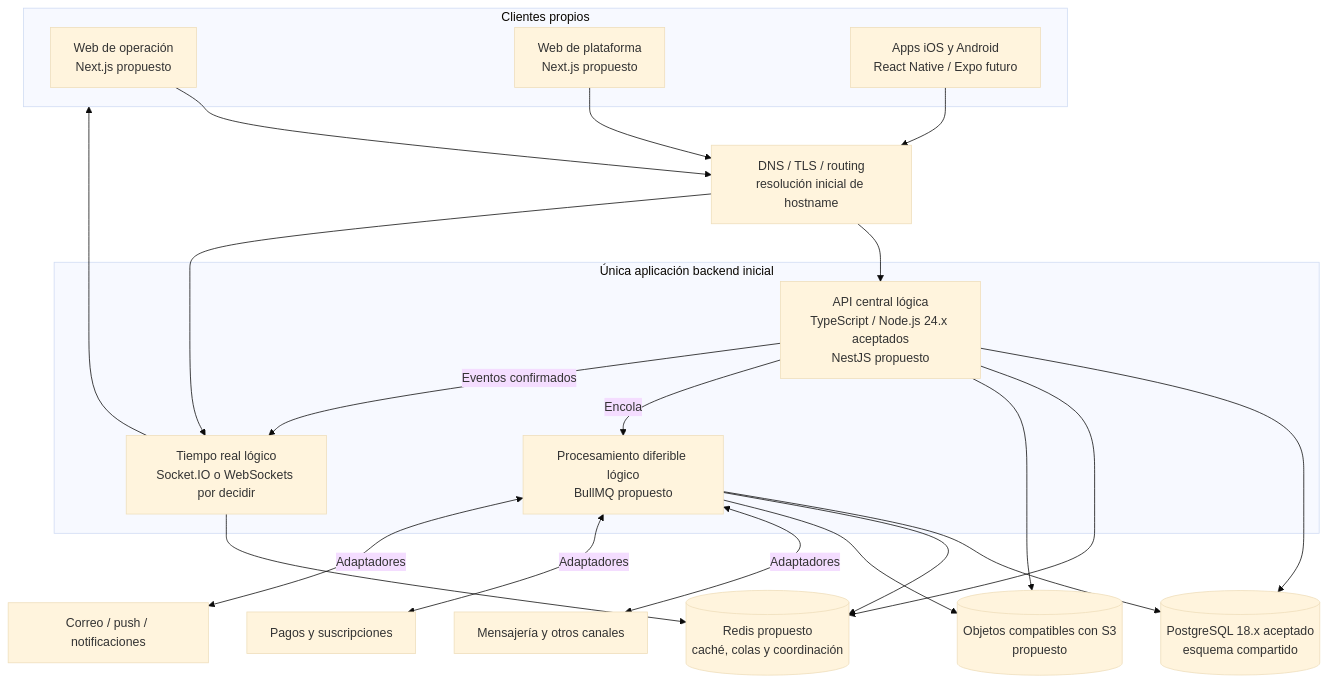
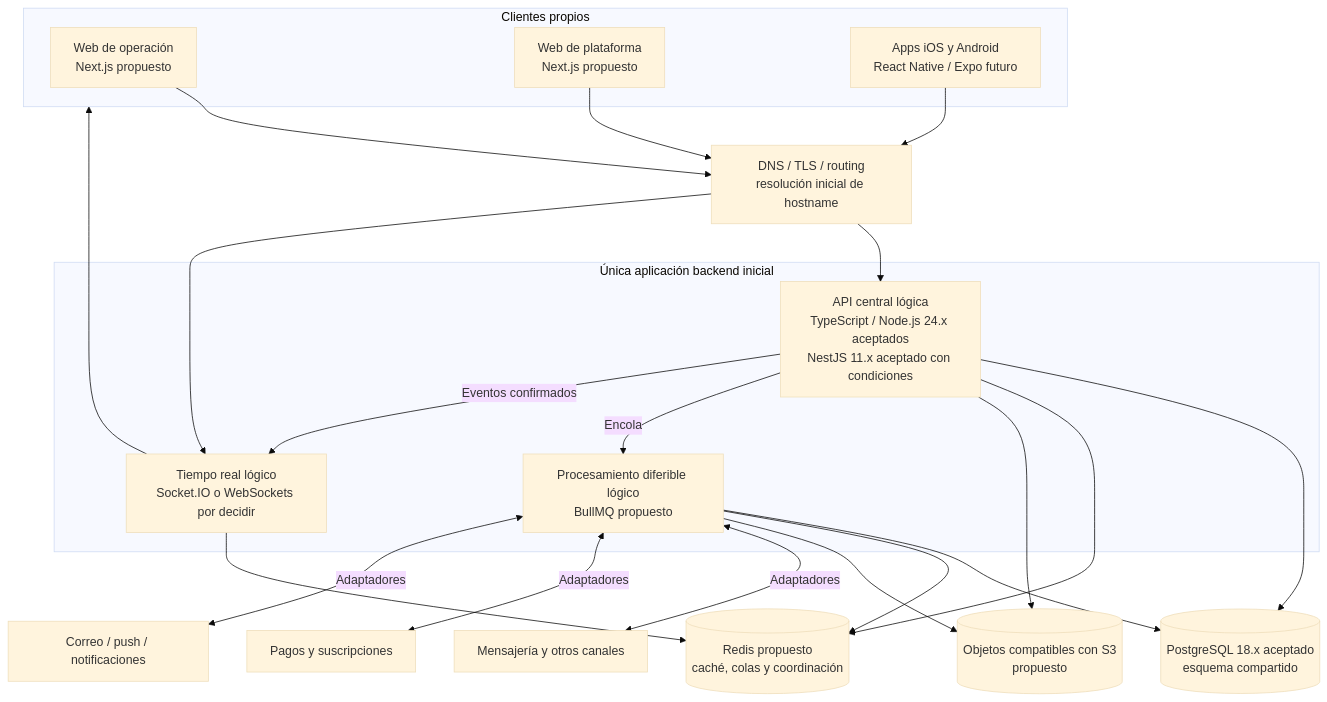
One commit to luisgtzaviles/SrTaller-2.0 changed the diagram in docs/architecture/TARGET_ARCHITECTURE.md. Above: the diagram before and after it, drawn with Mermaid (base theme). The commit also changed other lines of this file and 29 other files, not shown here.

````diff
--- a/docs/architecture/TARGET_ARCHITECTURE.md
+++ b/docs/architecture/TARGET_ARCHITECTURE.md
@@ -27,42 +27,42 @@
 ```mermaid
 flowchart TB
     subgraph Clients[Clientes propios]
         WorkshopWeb[Web de operación\nNext.js propuesto]
         PlatformWeb[Web de plataforma\nNext.js propuesto]
         Mobile[Apps iOS y Android\nReact Native / Expo futuro]
     end
 
     Edge[DNS / TLS / routing\nresolución inicial de hostname]
     subgraph BackendApp[Única aplicación backend inicial]
-        API[API central lógica\nTypeScript / Node.js 24.x aceptados\nNestJS propuesto]
+        API[API central lógica\nTypeScript / Node.js 24.x aceptados\nNestJS 11.x aceptado con condiciones]
         Worker[Procesamiento diferible lógico\nBullMQ propuesto]
         Realtime[Tiempo real lógico\nSocket.IO o WebSockets por decidir]
     end
 
     DB[(PostgreSQL 18.x aceptado\nesquema compartido)]
     Redis[(Redis propuesto\ncaché, colas y coordinación)]
     Storage[(Objetos compatibles con S3\npropuesto)]
 
     Channels[Mensajería y otros canales]
     Payment[Pagos y suscripciones]
     Delivery[Correo / push / notificaciones]
 
     WorkshopWeb --> Edge
     PlatformWeb --> Edge
     Mobile --> Edge
     Edge --> API
     Edge --> Realtime
     API --> DB
     API --> Redis
     API --> Storage
     API -->|Encola| Worker
     Worker --> DB
     Worker --> Redis
     Worker --> Storage
     Worker <-->|Adaptadores| Channels
     Worker <-->|Adaptadores| Payment
     Worker <-->|Adaptadores| Delivery
     API -->|Eventos confirmados| Realtime
     Realtime --> Redis
     Realtime --> Clients
 ```
````
